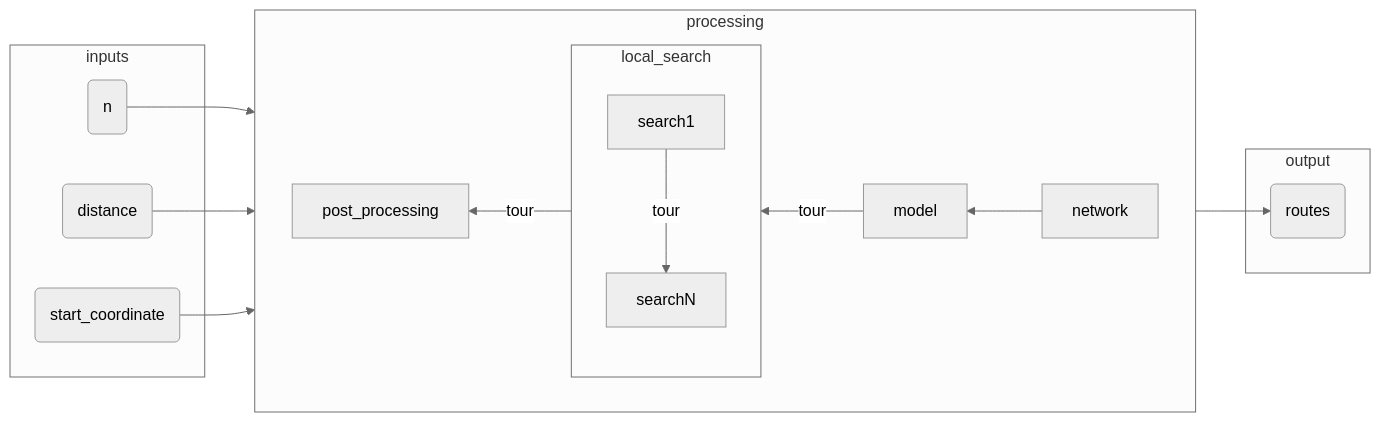
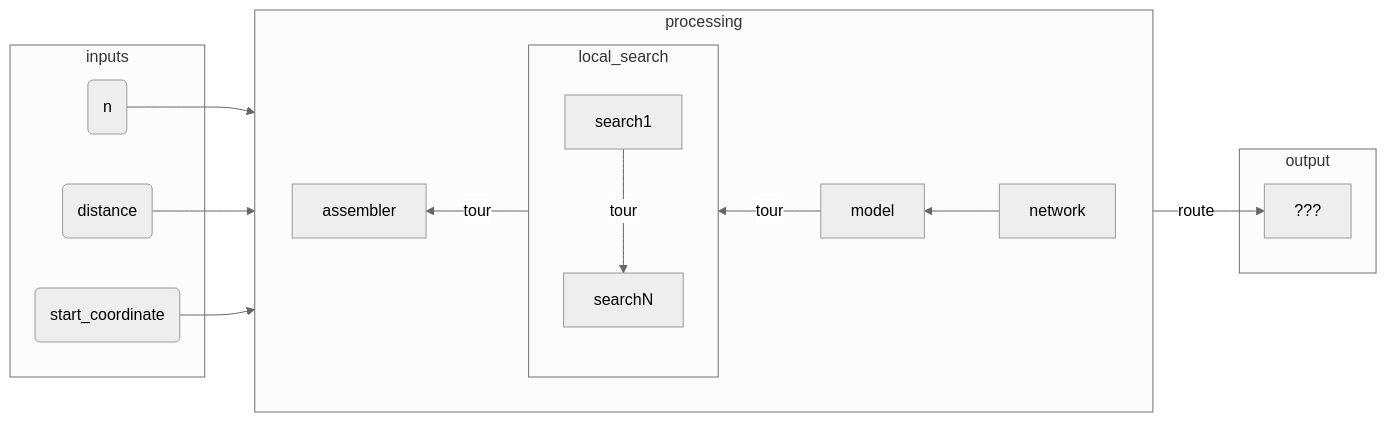
Before and after one commit to btang164/running-routes: the diagram in backend/README.md, drawn with Mermaid (neutral theme). The commit also changed other lines of this file and 2 other files, not shown here.

Commit message:
Feature: Add TourAssembler and RestAPIAssembler

````diff
--- a/backend/README.md
+++ b/backend/README.md
@@ -40,31 +40,31 @@
 ```mermaid
 graph LR;
     subgraph inputs
     N(n)
     DISTANCE(distance)
     START_COORDINATE(start_coordinate)
     end
 
     subgraph processing
     direction RL
     network;
     model;
         subgraph local_search
         direction TB
         search1--tour-->searchN
         end
-    post_processing
+    assembler
     end
 
     subgraph output
-    ROUTES(routes)
+    ???
     end
 
     N --> network;
     DISTANCE --> network;
     START_COORDINATE --> network;
     network --> model;
     model --tour--> search1
-    searchN --tour-->post_processing
-    post_processing --> ROUTES
+    searchN --tour-->assembler
+    assembler--route--> ???
 ```
````
